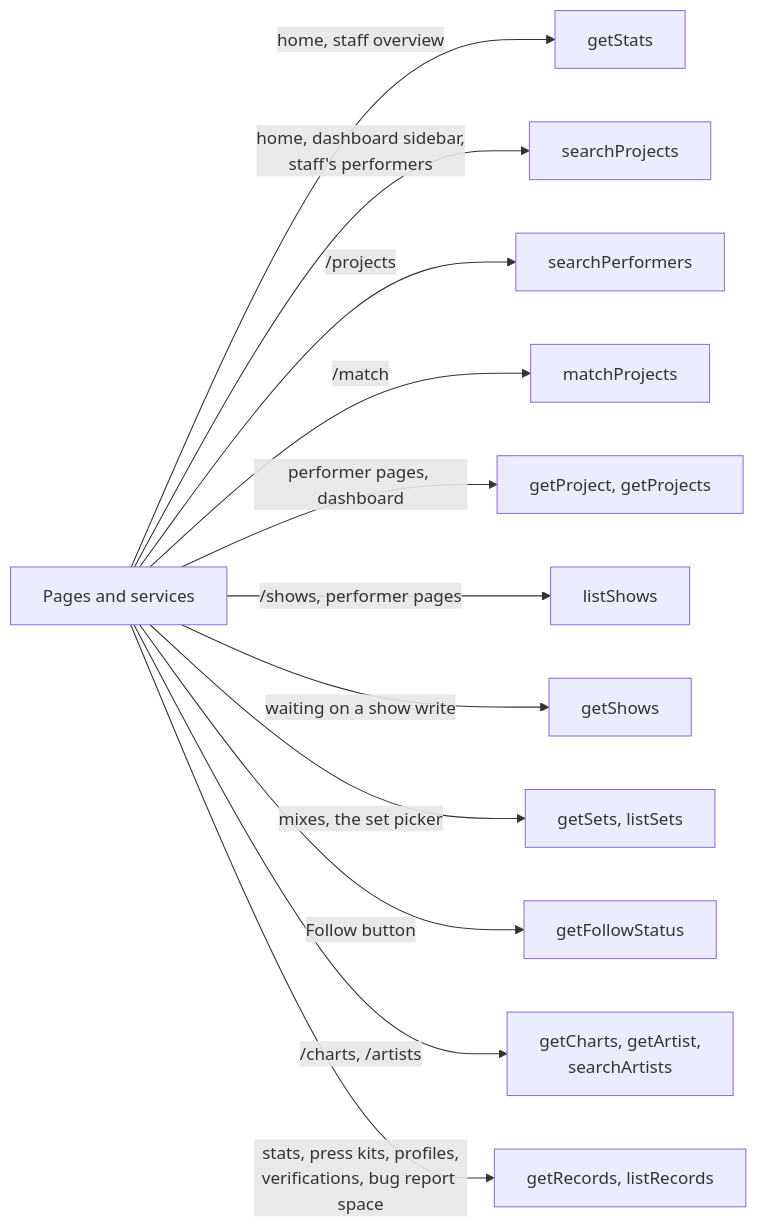
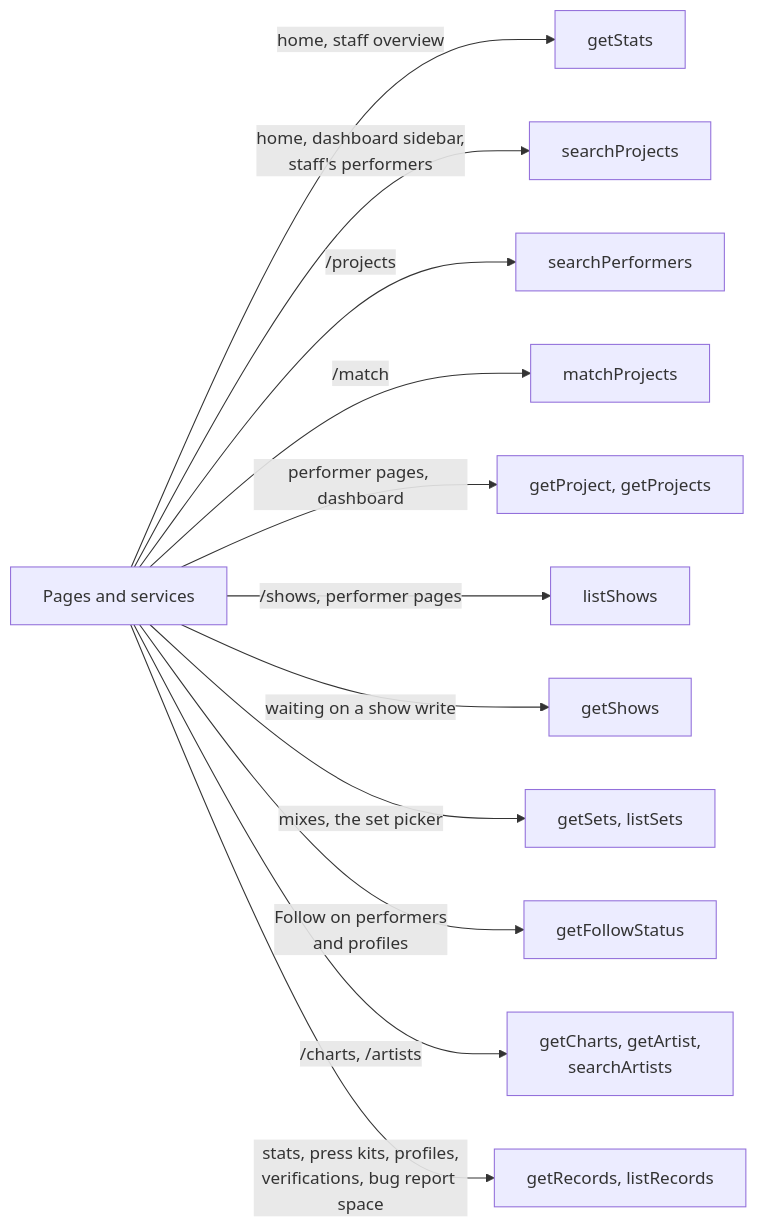
The seventh of 7 diagrams in apps/web/docs/diagrams/jobs-and-directory.md (cutenode/localnetwork), drawn with Mermaid before and after one commit. The commit also changed other lines of this file and 21 other files, not shown here.

First line of the commit message:
feat(web): follow people from their profiles

````diff
--- a/apps/web/docs/diagrams/jobs-and-directory.md
+++ b/apps/web/docs/diagrams/jobs-and-directory.md
@@ -138,15 +138,15 @@
 ```mermaid
 flowchart LR
   Pages["Pages and services"]
   Pages -- "home, staff overview" --> Q1["getStats"]
   Pages -- "home, dashboard sidebar,<br/>staff's performers" --> Q10["searchProjects"]
   Pages -- "/projects" --> Q2["searchPerformers"]
   Pages -- "/match" --> Q3["matchProjects"]
   Pages -- "performer pages, dashboard" --> Q4["getProject, getProjects"]
   Pages -- "/shows, performer pages" --> Q5["listShows"]
   Pages -- "waiting on a show write" --> Q11["getShows"]
   Pages -- "mixes, the set picker" --> Q6["getSets, listSets"]
-  Pages -- "Follow button" --> Q7["getFollowStatus"]
+  Pages -- "Follow on performers<br/>and profiles" --> Q7["getFollowStatus"]
   Pages -- "/charts, /artists" --> Q8["getCharts, getArtist,<br/>searchArtists"]
   Pages -- "stats, press kits, profiles,<br/>verifications, bug report space" --> Q9["getRecords, listRecords"]
 ```
````
